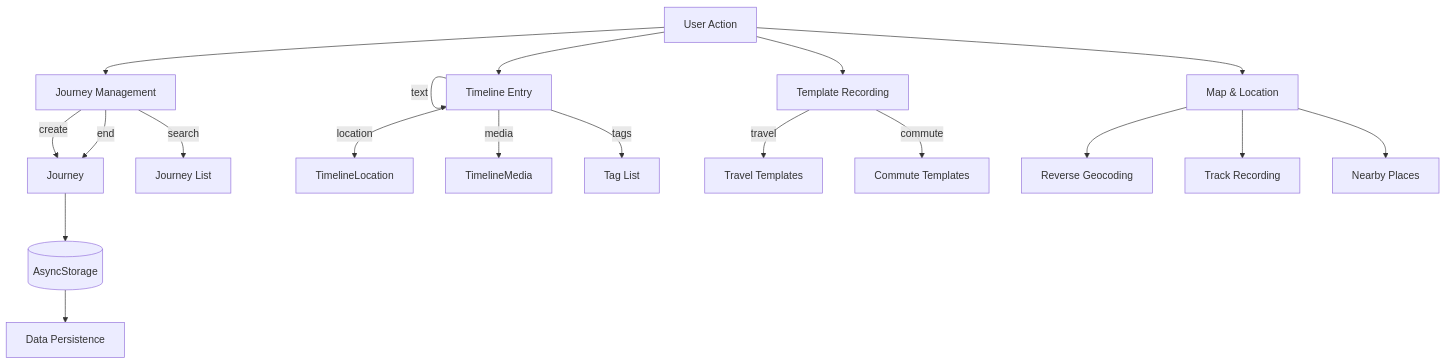
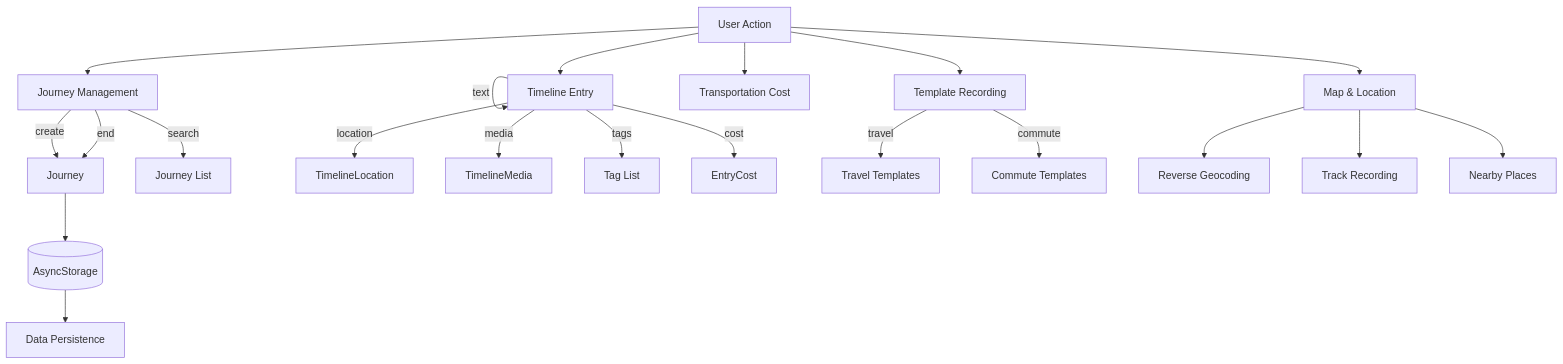
The diagram in docs/en/data-models.md (dsjerry/gowherer-web), drawn with Mermaid before and after one commit. The commit also changed other lines of this file and 18 other files, not shown here.

````diff
--- a/docs/en/data-models.md
+++ b/docs/en/data-models.md
@@ -209,26 +257,28 @@
 ```mermaid
 flowchart TD
     User[User Action] --> JourneyMgmt[Journey Management]
     User --> TimelineEntry[Timeline Entry]
+    User --> Cost[Transportation Cost]
     User --> Template[Template Recording]
     User --> Map[Map & Location]
 
     JourneyMgmt -->|create| Journey[Journey]
     JourneyMgmt -->|end| Journey
     JourneyMgmt -->|search| JourneyList[Journey List]
 
     TimelineEntry -->|text| TimelineEntry
     TimelineEntry -->|location| TimelineLocation
     TimelineEntry -->|media| TimelineMedia
     TimelineEntry -->|tags| TagList[Tag List]
+    TimelineEntry -->|cost| EntryCost
 
     Template -->|travel| TravelTemplate[Travel Templates]
     Template -->|commute| CommuteTemplate[Commute Templates]
 
     Map --> ReverseGeocode[Reverse Geocoding]
     Map --> Track[Track Recording]
     Map --> Nearby[Nearby Places]
 
     Journey --> Storage[(AsyncStorage)]
     Storage --> Persistence[Data Persistence]
 ```
````
